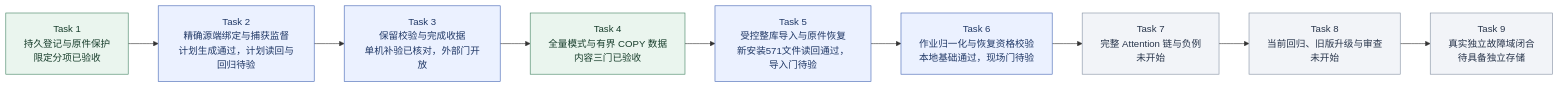
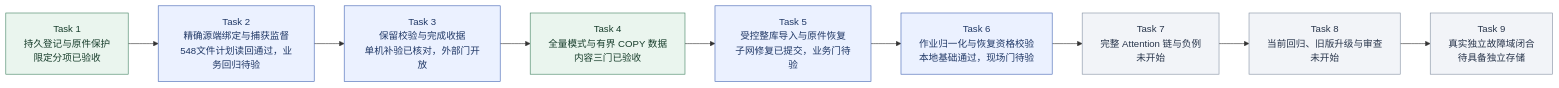
Before and after one commit to MansurnamedZhang/learning-system-p0c4: the second of 9 diagrams in docs/KnowWeave实施路线与系统架构.md, drawn with Mermaid. The commit also changed other lines of this file and 8 other files, not shown here.

````diff
--- a/docs/KnowWeave实施路线与系统架构.md
+++ b/docs/KnowWeave实施路线与系统架构.md
@@ -72,26 +72,26 @@
 ```mermaid
 flowchart LR
     C4T1["Task 1<br/>持久登记与原件保护<br/>限定分项已验收"]
-    C4T2["Task 2<br/>精确源端绑定与捕获监督<br/>计划生成通过，计划读回与回归待验"]
+    C4T2["Task 2<br/>精确源端绑定与捕获监督<br/>548文件计划读回通过，业务回归待验"]
     C4T3["Task 3<br/>保留校验与完成收据<br/>单机补验已核对，外部门开放"]
     C4T4["Task 4<br/>全量模式与有界 COPY 数据<br/>内容三门已验收"]
-    C4T5["Task 5<br/>受控整库导入与原件恢复<br/>新安装571文件读回通过，导入门待验"]
+    C4T5["Task 5<br/>受控整库导入与原件恢复<br/>子网修复已提交，业务门待验"]
     C4T6["Task 6<br/>作业归一化与恢复资格校验<br/>本地基础通过，现场门待验"]
     C4T7["Task 7<br/>完整 Attention 链与负例<br/>未开始"]
     C4T8["Task 8<br/>当前回归、旧版升级与审查<br/>未开始"]
     C4T9["Task 9<br/>真实独立故障域闭合<br/>待具备独立存储"]
     C4T1 --> C4T2
     C4T2 --> C4T3
     C4T3 --> C4T4
     C4T4 --> C4T5
     C4T5 --> C4T6
     C4T6 --> C4T7
     C4T7 --> C4T8
     C4T8 --> C4T9
     class C4T1,C4T4 done
     class C4T2,C4T3,C4T5,C4T6 next
     class C4T7,C4T8,C4T9 planned
     classDef done fill:#eaf5ee,stroke:#438363,color:#173d2b
     classDef next fill:#ebf1ff,stroke:#4365b4,color:#203866
     classDef planned fill:#f2f4f8,stroke:#8591a3,color:#28354b
 ```
````
